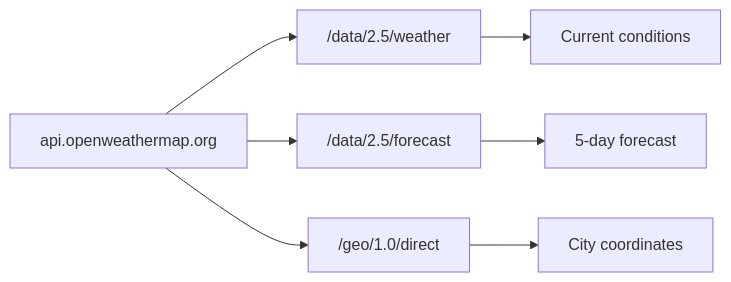
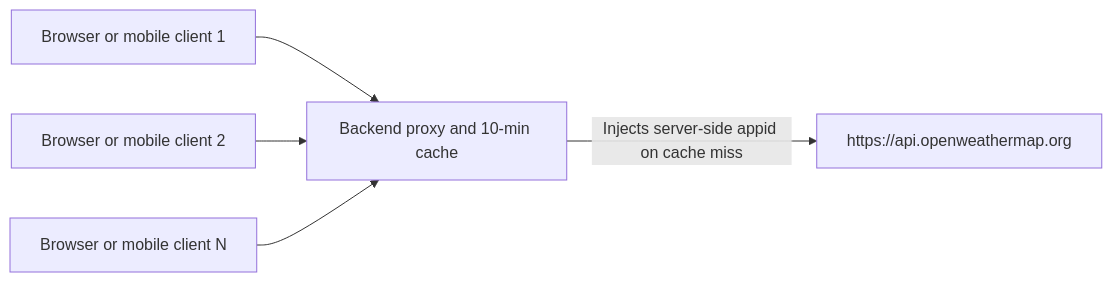
The third of 3 diagrams in docs/concepts/architecture.md (MichelGSS/openweather-docs), drawn with Mermaid before and after one commit. The commit also changed other lines of this file and 53 other files, not shown here.

````diff
--- a/docs/concepts/architecture.md
+++ b/docs/concepts/architecture.md
@@ -31,9 +64,7 @@
 ```mermaid
-graph LR
-    A["api.openweathermap.org"] --> B["/data/2.5/weather"]
-    A --> C["/data/2.5/forecast"]
-    A --> D["/geo/1.0/direct"]
-    B --> E["Current conditions"]
-    C --> F["5-day forecast"]
-    D --> G["City coordinates"]
+flowchart LR
+    U1["Browser or mobile client 1"] --> BFF["Backend proxy and 10-min cache"]
+    U2["Browser or mobile client 2"] --> BFF
+    U3["Browser or mobile client N"] --> BFF
+    BFF -->|"Injects server-side appid on cache miss"| OWM["https://api.openweathermap.org"]
 ```
````
